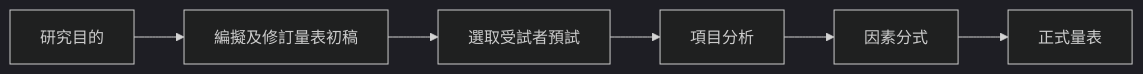
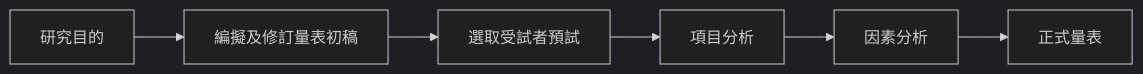
Before and after one commit to chchoiw/chchoiw.github.io: the third of 3 diagrams in _posts/2022-05-21-statistic_analysis.md, drawn with Mermaid (dark theme). The commit also changed other lines of this file, not shown here.

````diff
--- a/_posts/2022-05-21-statistic_analysis.md
+++ b/_posts/2022-05-21-statistic_analysis.md
@@ -366,15 +366,15 @@
 ```mermaid
 graph LR
 id0[研究目的]
 id1[編擬及修訂量表初稿]
 id2[選取受試者預試]
 id3[項目分析]
-id4[因素分式]
+id4[因素分析]
 id5[正式量表]
 
 id0-->id1
 id1-->id2
 id2-->id3
 id3-->id4
 id4-->id5
 ```
````
